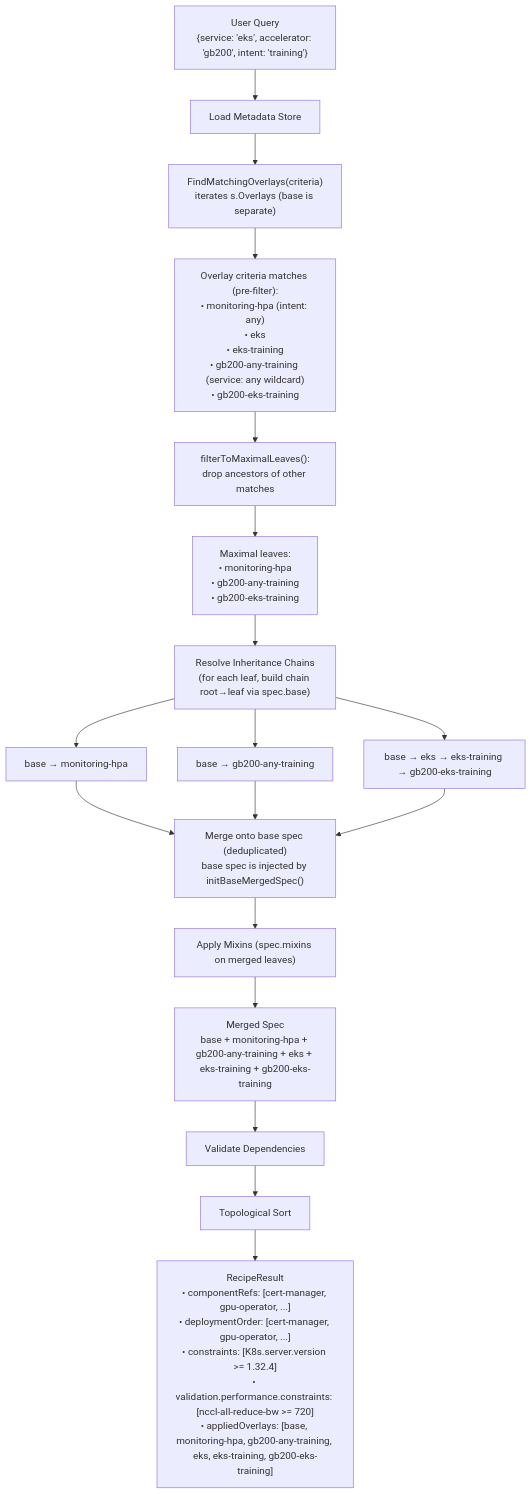
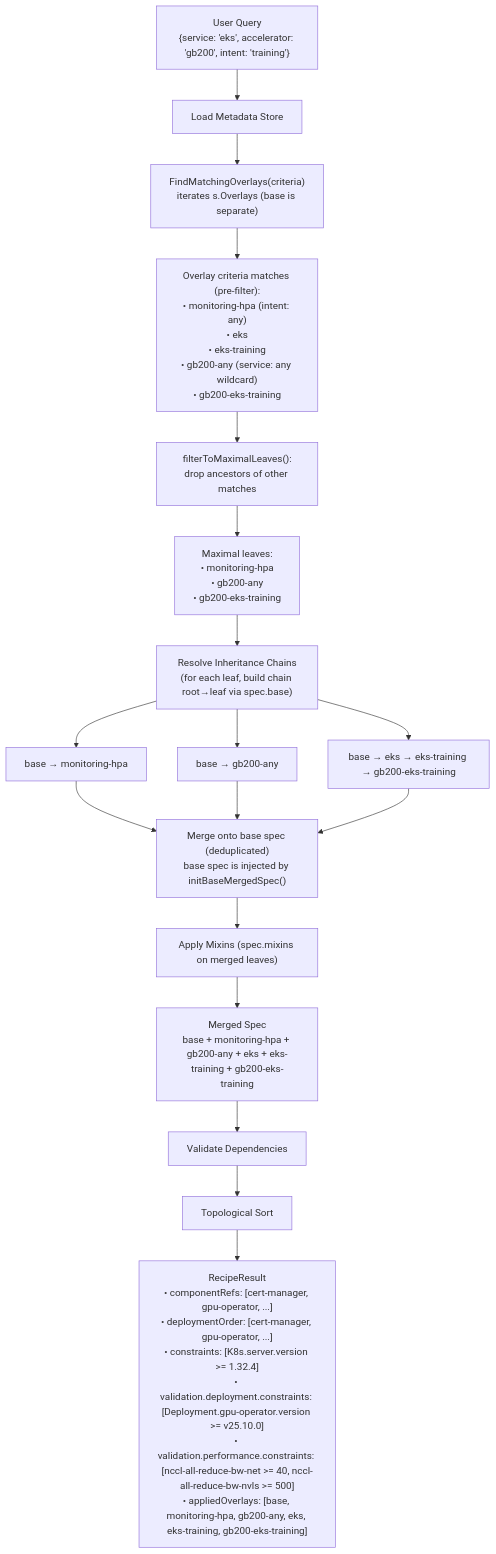
Before and after one commit to NVIDIA/aicr: the first of 2 diagrams in docs/contributor/data.md, drawn with Mermaid. The commit also changed other lines of this file and 5 other files, not shown here.

````diff
--- a/docs/contributor/data.md
+++ b/docs/contributor/data.md
@@ -1058,34 +1066,34 @@
 ```mermaid
 flowchart TD
     Start["User Query<br/>{service: 'eks', accelerator: 'gb200', intent: 'training'}"]
 
     Start --> Load[Load Metadata Store]
 
     Load --> Find["FindMatchingOverlays(criteria)<br/>iterates s.Overlays (base is separate)"]
 
-    Find --> RawMatches["Overlay criteria matches (pre-filter):<br/>• monitoring-hpa (intent: any)<br/>• eks<br/>• eks-training<br/>• gb200-any-training (service: any wildcard)<br/>• gb200-eks-training"]
+    Find --> RawMatches["Overlay criteria matches (pre-filter):<br/>• monitoring-hpa (intent: any)<br/>• eks<br/>• eks-training<br/>• gb200-any (service: any wildcard)<br/>• gb200-eks-training"]
 
     RawMatches --> Filter["filterToMaximalLeaves():<br/>drop ancestors of other matches"]
 
-    Filter --> Leaves["Maximal leaves:<br/>• monitoring-hpa<br/>• gb200-any-training<br/>• gb200-eks-training"]
+    Filter --> Leaves["Maximal leaves:<br/>• monitoring-hpa<br/>• gb200-any<br/>• gb200-eks-training"]
 
     Leaves --> Resolve["Resolve Inheritance Chains<br/>(for each leaf, build chain root→leaf via spec.base)"]
 
     Resolve --> Chain1["base → monitoring-hpa"]
-    Resolve --> Chain2["base → gb200-any-training"]
+    Resolve --> Chain2["base → gb200-any"]
     Resolve --> Chain3["base → eks → eks-training → gb200-eks-training"]
 
     Chain1 --> Merge["Merge onto base spec (deduplicated)<br/>base spec is injected by initBaseMergedSpec()"]
     Chain2 --> Merge
     Chain3 --> Merge
 
     Merge --> Mixins["Apply Mixins (spec.mixins on merged leaves)"]
 
-    Mixins --> Merged["Merged Spec<br/>base + monitoring-hpa + gb200-any-training + eks + eks-training + gb200-eks-training"]
+    Mixins --> Merged["Merged Spec<br/>base + monitoring-hpa + gb200-any + eks + eks-training + gb200-eks-training"]
 
     Merged --> Validate["Validate Dependencies"]
 
     Validate --> Sort["Topological Sort"]
 
-    Sort --> Result["RecipeResult<br/>• componentRefs: [cert-manager, gpu-operator, ...]<br/>• deploymentOrder: [cert-manager, gpu-operator, ...]<br/>• constraints: [K8s.server.version >= 1.32.4]<br/>• validation.performance.constraints: [nccl-all-reduce-bw >= 720]<br/>• appliedOverlays: [base, monitoring-hpa, gb200-any-training, eks, eks-training, gb200-eks-training]"]
+    Sort --> Result["RecipeResult<br/>• componentRefs: [cert-manager, gpu-operator, ...]<br/>• deploymentOrder: [cert-manager, gpu-operator, ...]<br/>• constraints: [K8s.server.version >= 1.32.4]<br/>• validation.deployment.constraints: [Deployment.gpu-operator.version >= v25.10.0]<br/>• validation.performance.constraints: [nccl-all-reduce-bw-net >= 40, nccl-all-reduce-bw-nvls >= 500]<br/>• appliedOverlays: [base, monitoring-hpa, gb200-any, eks, eks-training, gb200-eks-training]"]
 ```
````
